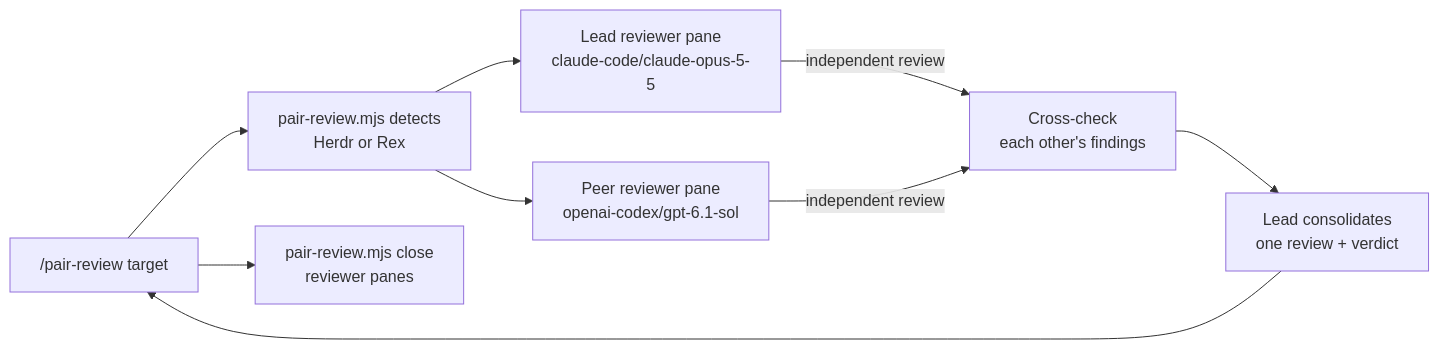
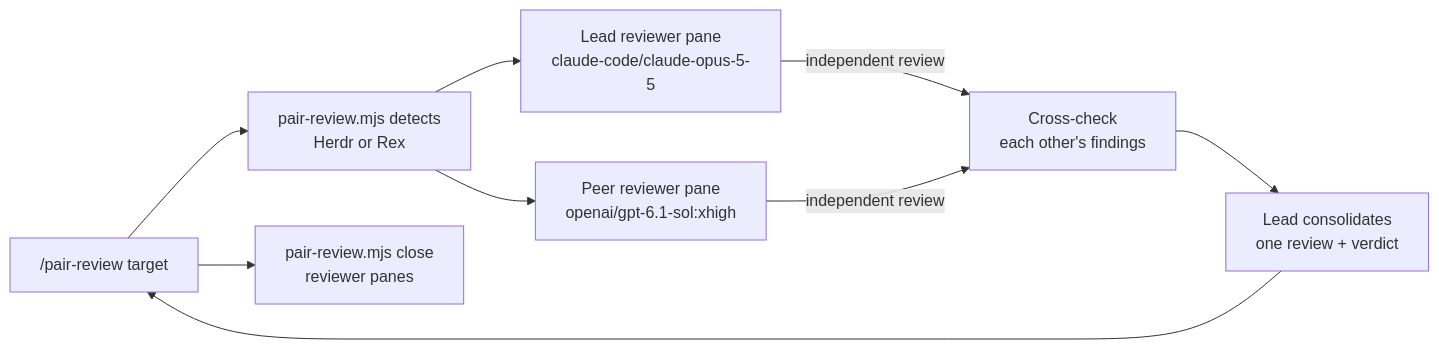
One commit to ulvestuen/pi-kit changed the diagram in skills/pair-review/SKILL.md. Above: the diagram before and after it, drawn with Mermaid. The commit also changed other lines of this file and 12 other files, not shown here.

Commit message:
Default pair auditors and reviewers to openai/gpt-6.1-sol:xhigh

````diff
--- a/skills/pair-review/SKILL.md
+++ b/skills/pair-review/SKILL.md
@@ -8,10 +8,10 @@
 ```mermaid
 flowchart LR
     you["/pair-review target"] --> detect["pair-review.mjs detects<br/>Herdr or Rex"]
     detect --> lead["Lead reviewer pane<br/>claude-code/claude-opus-5-5"]
-    detect --> peer["Peer reviewer pane<br/>openai-codex/gpt-6.1-sol"]
+    detect --> peer["Peer reviewer pane<br/>openai/gpt-6.1-sol:xhigh"]
     lead -- "independent review" --> cross["Cross-check<br/>each other's findings"]
     peer -- "independent review" --> cross
     cross --> final["Lead consolidates<br/>one review + verdict"] --> you
     you --> close["pair-review.mjs close<br/>reviewer panes"]
 ```
````
